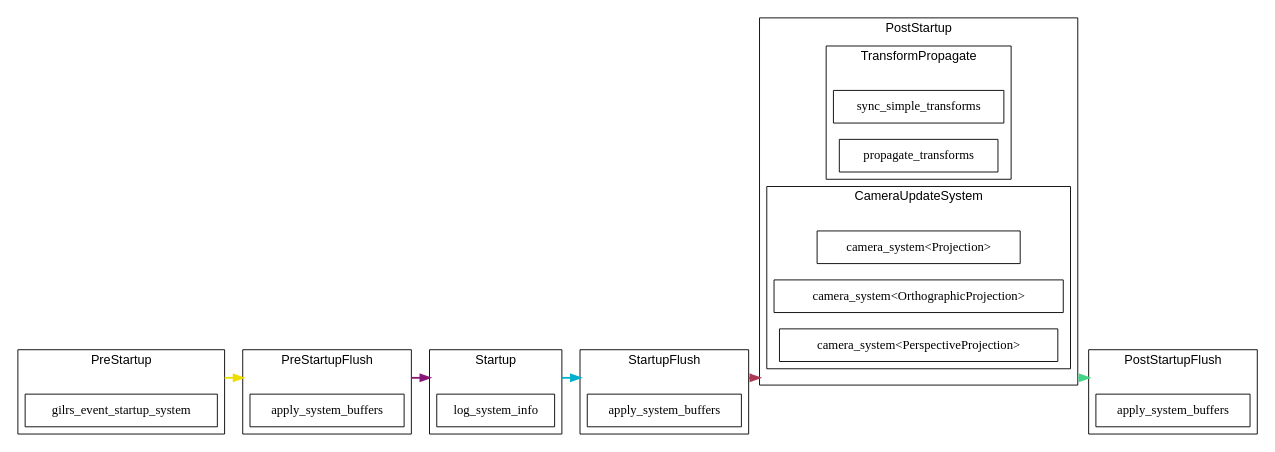
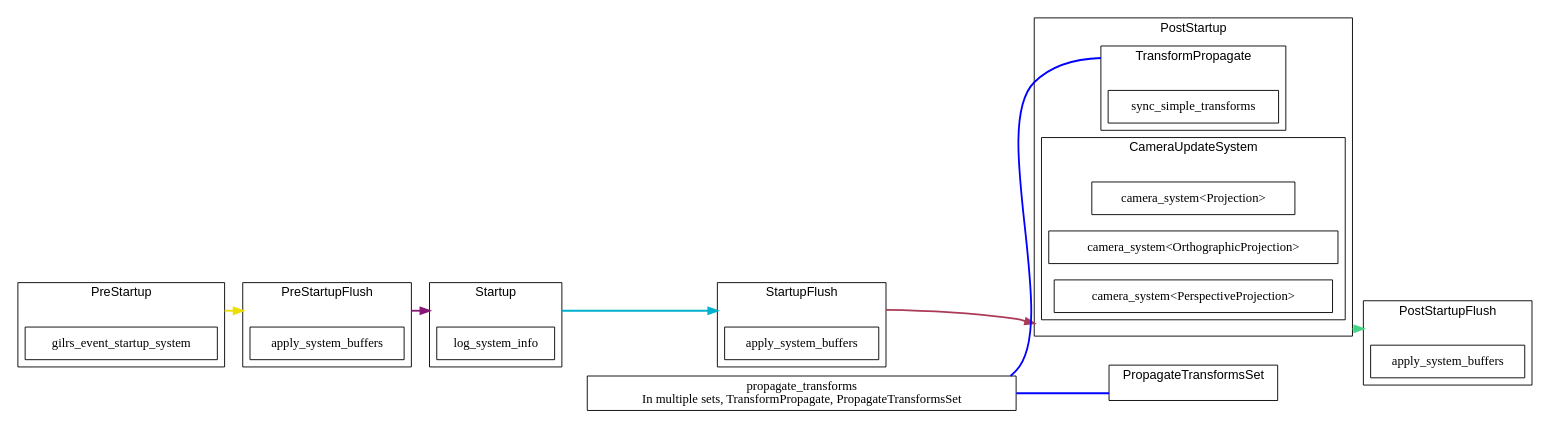
The diagram in docs/schedule/light/schedule_Startup.dot (jakobhellermann/bevy_mod_debugdump), drawn with Graphviz before and after one commit. The commit also changed 79 other files, not shown here.

```diff
--- a/docs/schedule/light/schedule_Startup.dot
+++ b/docs/schedule/light/schedule_Startup.dot
@@ -1,88 +1,99 @@
 digraph "" {
 	"compound"="true";
 	"splines"="spline";
 	"rankdir"="LR";
 	"bgcolor"="white";
 	"fontname"="Helvetica";
 	edge ["penwidth"="2"];
 	node ["shape"="box", "style"="filled", "fillcolor"="white", "color"="black"];
 	subgraph "clusternode_Set(0)" {
 		"label"="Startup";
 		"tooltip"="Startup";
 		"bgcolor"="white";
 		"color"="black";
 		"set_marker_node_Set(0)" ["style"="invis", "label"="", "height"="0", "shape"="point"]
 		"node_System(5)" ["label"="log_system_info", "tooltip"="bevy_diagnostic::system_information_diagnostics_plugin::internal::log_system_info"]
 	}
 	
 	subgraph "clusternode_Set(2)" {
 		"label"="PreStartupFlush";
 		"tooltip"="PreStartupFlush";
 		"bgcolor"="white";
 		"color"="black";
 		"set_marker_node_Set(2)" ["style"="invis", "label"="", "height"="0", "shape"="point"]
 		"node_System(0)" ["label"="apply_system_buffers", "tooltip"="bevy_ecs::schedule::executor::apply_system_buffers"]
 	}
 	
 	subgraph "clusternode_Set(3)" {
 		"label"="StartupFlush";
 		"tooltip"="StartupFlush";
 		"bgcolor"="white";
 		"color"="black";
 		"set_marker_node_Set(3)" ["style"="invis", "label"="", "height"="0", "shape"="point"]
 		"node_System(1)" ["label"="apply_system_buffers", "tooltip"="bevy_ecs::schedule::executor::apply_system_buffers"]
 	}
 	
 	subgraph "clusternode_Set(4)" {
 		"label"="PostStartupFlush";
 		"tooltip"="PostStartupFlush";
 		"bgcolor"="white";
 		"color"="black";
 		"set_marker_node_Set(4)" ["style"="invis", "label"="", "height"="0", "shape"="point"]
 		"node_System(2)" ["label"="apply_system_buffers", "tooltip"="bevy_ecs::schedule::executor::apply_system_buffers"]
 	}
 	
 	subgraph "clusternode_Set(5)" {
 		"label"="PreStartup";
 		"tooltip"="PreStartup";
 		"bgcolor"="white";
 		"color"="black";
 		"set_marker_node_Set(5)" ["style"="invis", "label"="", "height"="0", "shape"="point"]
 		"node_System(9)" ["label"="gilrs_event_startup_system", "tooltip"="bevy_gilrs::gilrs_system::gilrs_event_startup_system"]
 	}
 	
 	subgraph "clusternode_Set(6)" {
 		"label"="PostStartup";
 		"tooltip"="PostStartup";
 		"bgcolor"="white";
 		"color"="black";
 		"set_marker_node_Set(6)" ["style"="invis", "label"="", "height"="0", "shape"="point"]
 		subgraph "clusternode_Set(7)" {
 			"label"="TransformPropagate";
 			"tooltip"="TransformPropagate";
 			"bgcolor"="white";
 			"color"="black";
 			"set_marker_node_Set(7)" ["style"="invis", "label"="", "height"="0", "shape"="point"]
 			"node_System(3)" ["label"="sync_simple_transforms", "tooltip"="bevy_transform::systems::sync_simple_transforms"]
-			"node_System(4)" ["label"="propagate_transforms", "tooltip"="bevy_transform::systems::propagate_transforms"]
 		}
 		
-		subgraph "clusternode_Set(11)" {
+		subgraph "clusternode_Set(12)" {
 			"label"="CameraUpdateSystem";
 			"tooltip"="CameraUpdateSystem";
 			"bgcolor"="white";
 			"color"="black";
-			"set_marker_node_Set(11)" ["style"="invis", "label"="", "height"="0", "shape"="point"]
+			"set_marker_node_Set(12)" ["style"="invis", "label"="", "height"="0", "shape"="point"]
 			"node_System(6)" ["label"="camera_system<Projection>", "tooltip"="bevy_render::camera::camera::camera_system<bevy_render::camera::projection::Projection>"]
 			"node_System(7)" ["label"="camera_system<OrthographicProjection>", "tooltip"="bevy_render::camera::camera::camera_system<bevy_render::camera::projection::OrthographicProjection>"]
 			"node_System(8)" ["label"="camera_system<PerspectiveProjection>", "tooltip"="bevy_render::camera::camera::camera_system<bevy_render::camera::projection::PerspectiveProjection>"]
 		}
 		
 	}
 	
+	subgraph "clusternode_Set(9)" {
+		"label"="PropagateTransformsSet";
+		"tooltip"="PropagateTransformsSet";
+		"bgcolor"="white";
+		"color"="black";
+		"set_marker_node_Set(9)" ["style"="invis", "label"="", "height"="0", "shape"="point"]
+	}
+	
+	"node_System(4)" -> "set_marker_node_Set(7)" ["dir"="none", "color"="blue", "lhead"="clusternode_Set(7)"]
+	"node_System(4)" -> "set_marker_node_Set(9)" ["dir"="none", "color"="blue", "lhead"="clusternode_Set(9)"]
+	"node_System(4)" ["label"="propagate_transforms
+In multiple sets, TransformPropagate, PropagateTransformsSet", "tooltip"="bevy_transform::systems::propagate_transforms"]
 	"set_marker_node_Set(5)" -> "set_marker_node_Set(2)" ["lhead"="clusternode_Set(2)", "ltail"="clusternode_Set(5)", "tooltip"="PreStartup → PreStartupFlush", "color"="#eede00"]
 	"set_marker_node_Set(2)" -> "set_marker_node_Set(0)" ["lhead"="clusternode_Set(0)", "ltail"="clusternode_Set(2)", "tooltip"="PreStartupFlush → Startup", "color"="#881877"]
 	"set_marker_node_Set(0)" -> "set_marker_node_Set(3)" ["lhead"="clusternode_Set(3)", "ltail"="clusternode_Set(0)", "tooltip"="Startup → StartupFlush", "color"="#00b0cc"]
 	"set_marker_node_Set(3)" -> "set_marker_node_Set(6)" ["lhead"="clusternode_Set(6)", "ltail"="clusternode_Set(3)", "tooltip"="StartupFlush → PostStartup", "color"="#aa3a55"]
 	"set_marker_node_Set(6)" -> "set_marker_node_Set(4)" ["lhead"="clusternode_Set(4)", "ltail"="clusternode_Set(6)", "tooltip"="PostStartup → PostStartupFlush", "color"="#44d488"]
 }
```
